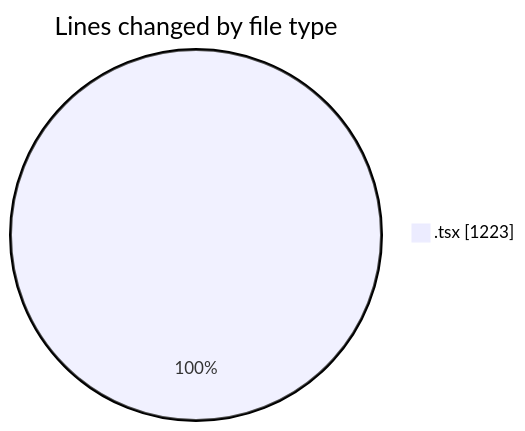
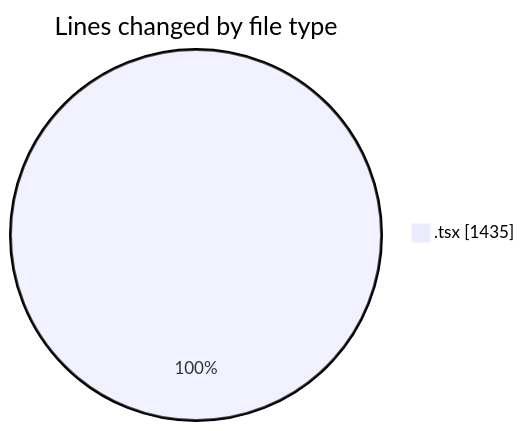
Before and after one commit to nxtqubesakshisongat/code-tracking: the first of 2 diagrams in 2026-04-09/airfeed-analytics-dashboard/README.md, drawn with Mermaid. The commit also changed other lines of this file and 1 other file, not shown here.

````diff
--- a/2026-04-09/airfeed-analytics-dashboard/README.md
+++ b/2026-04-09/airfeed-analytics-dashboard/README.md
@@ -26,5 +26,5 @@
 ```mermaid
 pie showData
 title Lines changed by file type
-".tsx" : 1223
+".tsx" : 1435
 ```
````
